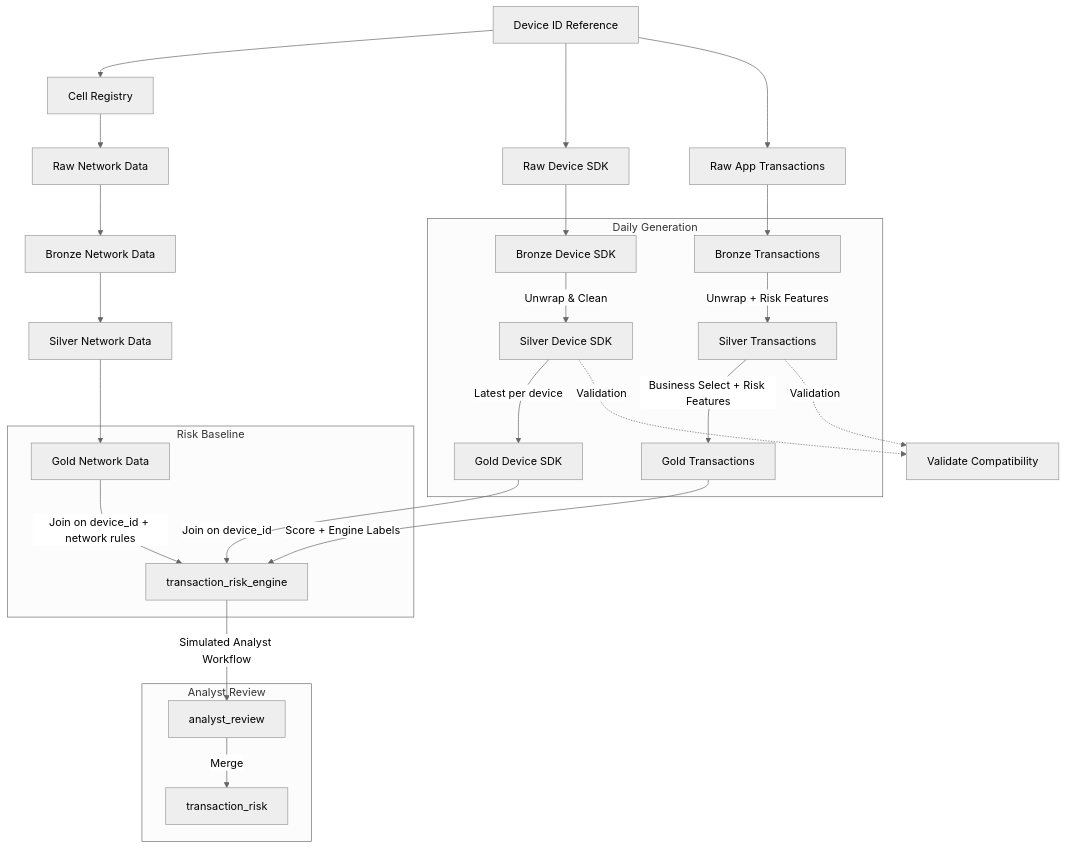
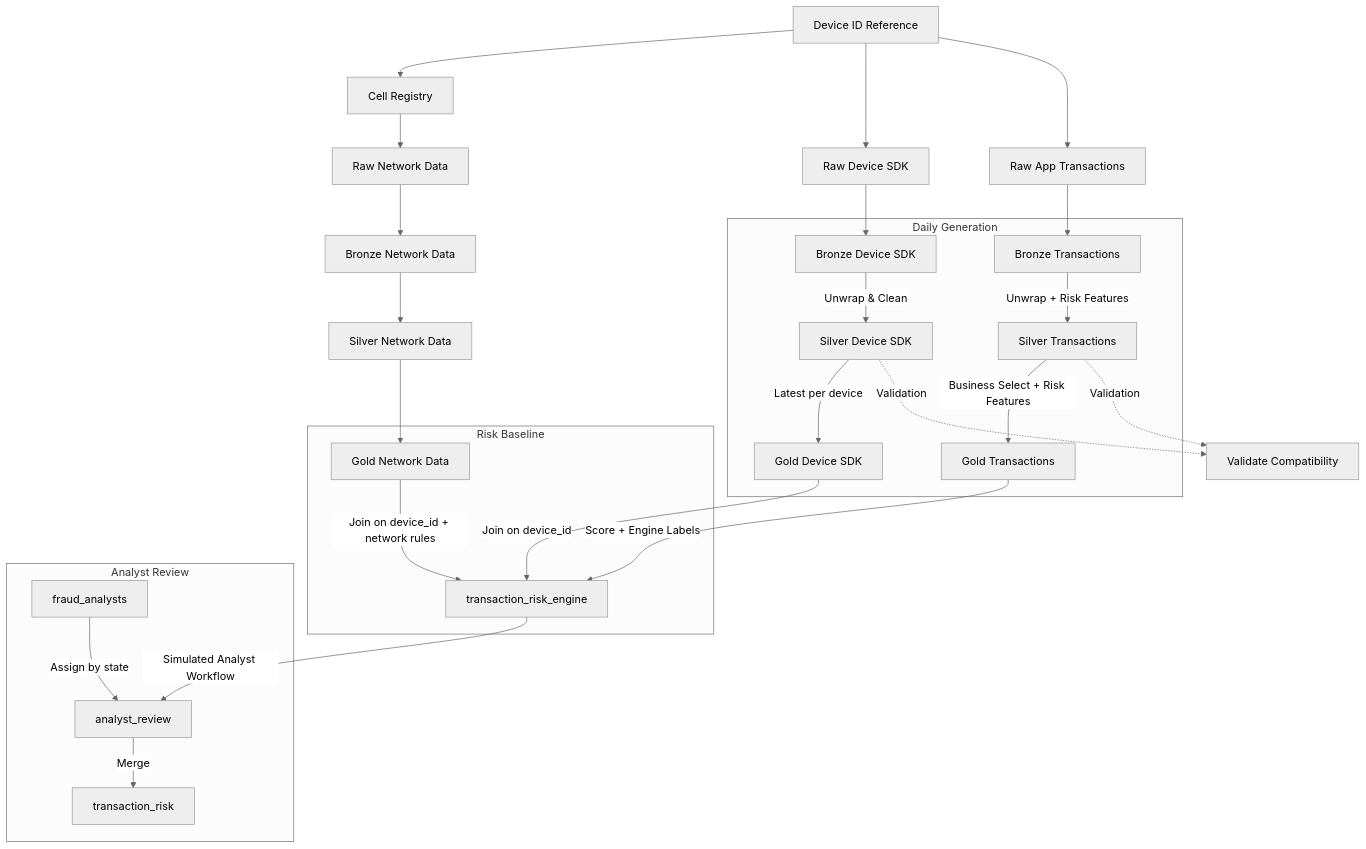
One commit to databricks-industry-solutions/fraud_prevention_in_telco changed the diagram in docs/PIPELINE_DETAILS.md. Above: the diagram before and after it, drawn with Mermaid (neutral theme). The commit also changed other lines of this file and 6 other files, not shown here.

````diff
--- a/docs/PIPELINE_DETAILS.md
+++ b/docs/PIPELINE_DETAILS.md
@@ -19,33 +19,34 @@
 ```mermaid
 graph TD
     IDREF[Device ID Reference] --> CELL[Cell Registry]
     IDREF --> D_RAW[Raw Device SDK]
     IDREF --> T_RAW[Raw App Transactions]
     CELL --> N_RAW[Raw Network Data]
     N_RAW --> N_BRONZE[Bronze Network Data]
     N_BRONZE --> N_SILVER[Silver Network Data]
     N_SILVER --> N_GOLD[Gold Network Data]
     D_RAW --> D_BRONZE[Bronze Device SDK]
     T_RAW --> T_BRONZE[Bronze Transactions]
 
     subgraph "Daily Generation"
         D_BRONZE -->|Unwrap & Clean| D_SILVER[Silver Device SDK]
         D_SILVER -->|Latest per device| D_GOLD[Gold Device SDK]
         T_BRONZE -->|Unwrap + Risk Features| T_SILVER[Silver Transactions]
         T_SILVER -->|Business Select + Risk Features| T_GOLD[Gold Transactions]
     end
 
     subgraph "Risk Baseline"
         T_GOLD -->|Score + Engine Labels| RISK_ENGINE[transaction_risk_engine]
         D_GOLD -->|Join on device_id| RISK_ENGINE
         N_GOLD -->|Join on device_id + network rules| RISK_ENGINE
     end
 
     subgraph "Analyst Review"
+        FA[fraud_analysts] -->|Assign by state| ANALYST
         RISK_ENGINE -->|Simulated Analyst Workflow| ANALYST[analyst_review]
         ANALYST -->|Merge| TRISK[transaction_risk]
     end
 
     D_SILVER -.->|Validation| VALIDATE[Validate Compatibility]
     T_SILVER -.->|Validation| VALIDATE
 ```
````
